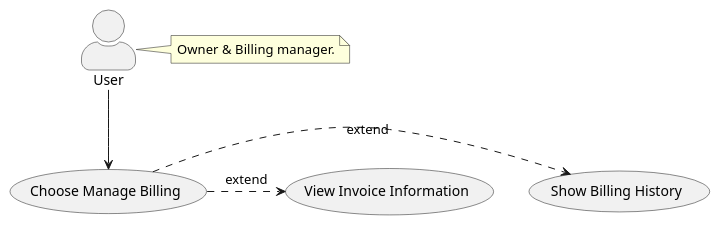
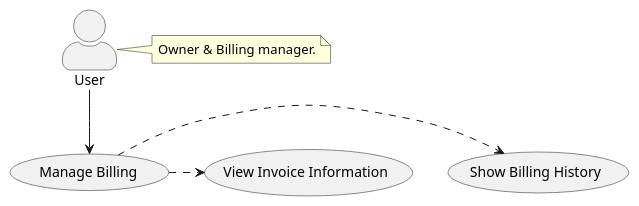
The diagram in docs/use-case-diagrams/manage-billing.usecase.puml (felixnguyen678/f0-capstone-project-backend), drawn with PlantUML before and after one commit.

Commit message:
FCP-10 | fix manage feature use case

```diff
--- a/docs/use-case-diagrams/manage-billing.usecase.puml
+++ b/docs/use-case-diagrams/manage-billing.usecase.puml
@@ -1,16 +1,16 @@
 @startuml
 
 skinparam actorStyle awesome
 "User" as User
-(Choose Manage Billing) as ChooseManageBilling
+( Manage Billing) as ManageBilling
 (Show Billing History) as ShowBillingHistory
 (View Invoice Information) as ViewInvoiceInformation
 
-User --> ChooseManageBilling
-(ChooseManageBilling) .> ShowBillingHistory : extend
-(ChooseManageBilling) .> ViewInvoiceInformation : extend
+User --> ManageBilling
+(ManageBilling) .> ShowBillingHistory 
+(ManageBilling) .> ViewInvoiceInformation 
 note right of User:   Owner & Billing manager.
 
 
 
 @enduml
```
